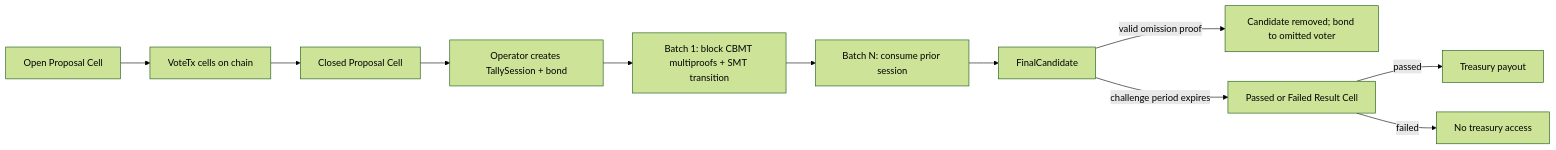
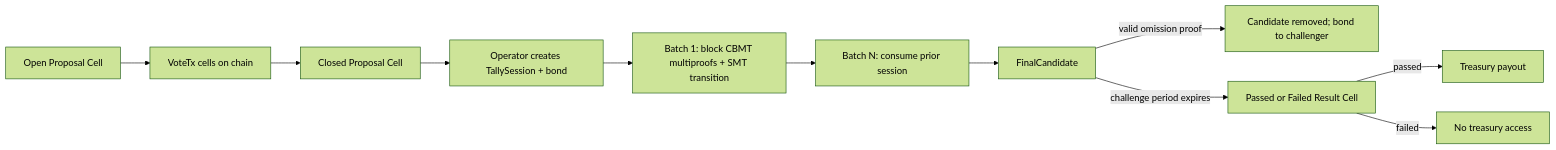
Before and after one commit to chenyukang/ckb-treasury-lab: the first of 3 diagrams in docs/on-chain-voting-with-batch-settlement.md, drawn with Mermaid (forest theme). The commit also changed other lines of this file and 4 other files, not shown here.

````diff
--- a/docs/on-chain-voting-with-batch-settlement.md
+++ b/docs/on-chain-voting-with-batch-settlement.md
@@ -12,13 +12,13 @@
 ```mermaid
 flowchart LR
     P["Open Proposal Cell"] --> V["VoteTx cells on chain"]
     V --> C["Closed Proposal Cell"]
     C --> S["Operator creates TallySession + bond"]
     S --> B1["Batch 1: block CBMT multiproofs + SMT transition"]
     B1 --> BN["Batch N: consume prior session"]
     BN --> F["FinalCandidate"]
-    F -->|"valid omission proof"| X["Candidate removed; bond to omitted voter"]
+    F -->|"valid omission proof"| X["Candidate removed; bond to challenger"]
     F -->|"challenge period expires"| R["Passed or Failed Result Cell"]
     R -->|"passed"| T["Treasury payout"]
     R -->|"failed"| Z["No treasury access"]
 ```
````
